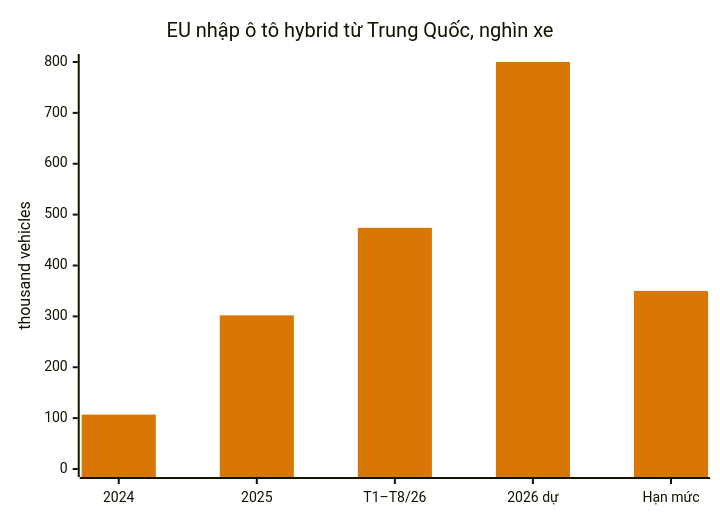
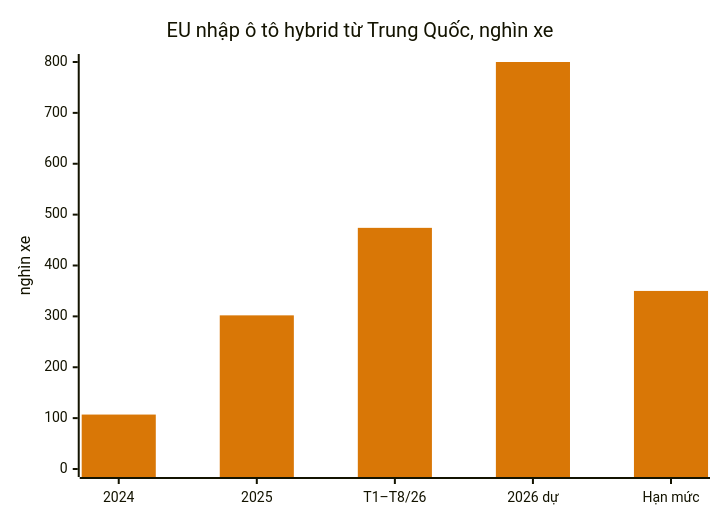
Before and after one commit to dureach/research: the third of 15 diagrams in Global-Trade-Intelligence-weekly-2026-11-23/index.vi.md, drawn with Mermaid. The commit also changed other lines of this file and 5 other files, not shown here.

````diff
--- a/Global-Trade-Intelligence-weekly-2026-11-23/index.vi.md
+++ b/Global-Trade-Intelligence-weekly-2026-11-23/index.vi.md
@@ -295,8 +295,8 @@
 ```mermaid
 %%{init: {'theme': 'base', 'themeVariables': {'xyChart': {'plotColorPalette': '#d97706'}}}}%%
 xychart-beta
     title "EU nhập ô tô hybrid từ Trung Quốc, nghìn xe"
     x-axis ["2024", "2025", "T1–T8/26", "2026 dự", "Hạn mức"]
-    y-axis "thousand vehicles" 0 --> 800
+    y-axis "nghìn xe" 0 --> 800
     bar [107, 302, 474, 800, 350]
 ```
````
